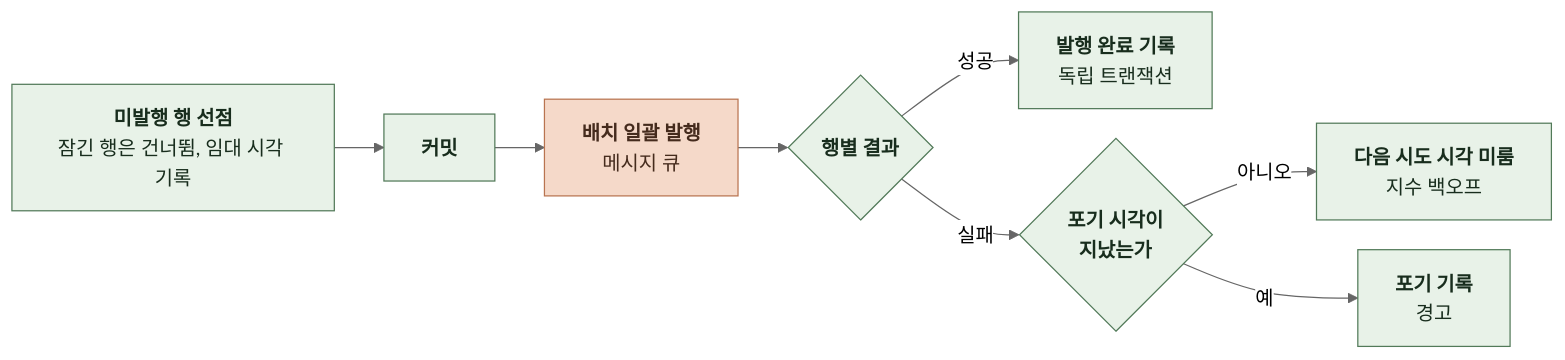
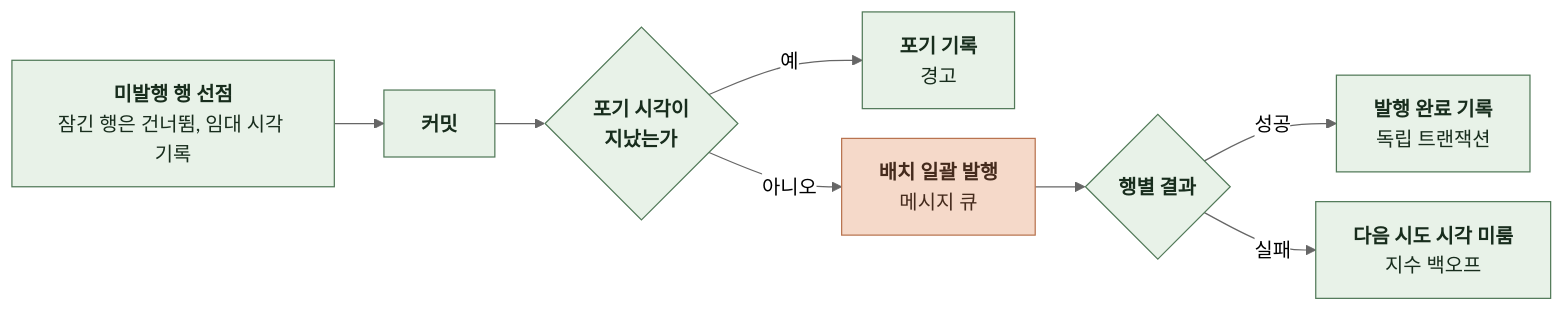
One commit to KIM-N-KANG/knk-harness changed the tenth of 13 diagrams in docs/domain/NOTIFICATION/BACKEND/4-1-PIPELINES.md. Above: the diagram before and after it, drawn with Mermaid (neutral theme). The commit also changed other lines of this file and 6 other files, not shown here.

````diff
--- a/docs/domain/NOTIFICATION/BACKEND/4-1-PIPELINES.md
+++ b/docs/domain/NOTIFICATION/BACKEND/4-1-PIPELINES.md
@@ -290,21 +291,21 @@
 ```mermaid
 %%{init: {"flowchart": {"curve": "basis", "nodeSpacing": 24, "rankSpacing": 40}}}%%
 flowchart LR
     A["`**미발행 행 선점**
 잠긴 행은 건너뜀, 임대 시각 기록`"] --> B["`**커밋**`"]
-    B --> C["`**배치 일괄 발행**
+    B --> F{"`**포기 시각이
+지났는가**`"}
+    F -->|예| H["`**포기 기록**
+경고`"]
+    F -->|아니오| C["`**배치 일괄 발행**
 메시지 큐`"]
     C --> D{"`**행별 결과**`"}
     D -->|성공| E["`**발행 완료 기록**
 독립 트랜잭션`"]
-    D -->|실패| F{"`**포기 시각이
-지났는가**`"}
-    F -->|아니오| G["`**다음 시도 시각 미룸**
+    D -->|실패| G["`**다음 시도 시각 미룸**
 지수 백오프`"]
-    F -->|예| H["`**포기 기록**
-경고`"]
     classDef comp fill:#E8F2E8,stroke:#527A59,color:#182D1D
     classDef task fill:#F5D9C9,stroke:#B97450,color:#452B1D
     class A,B,D,E,F,G,H comp
     class C task
 ```
````
